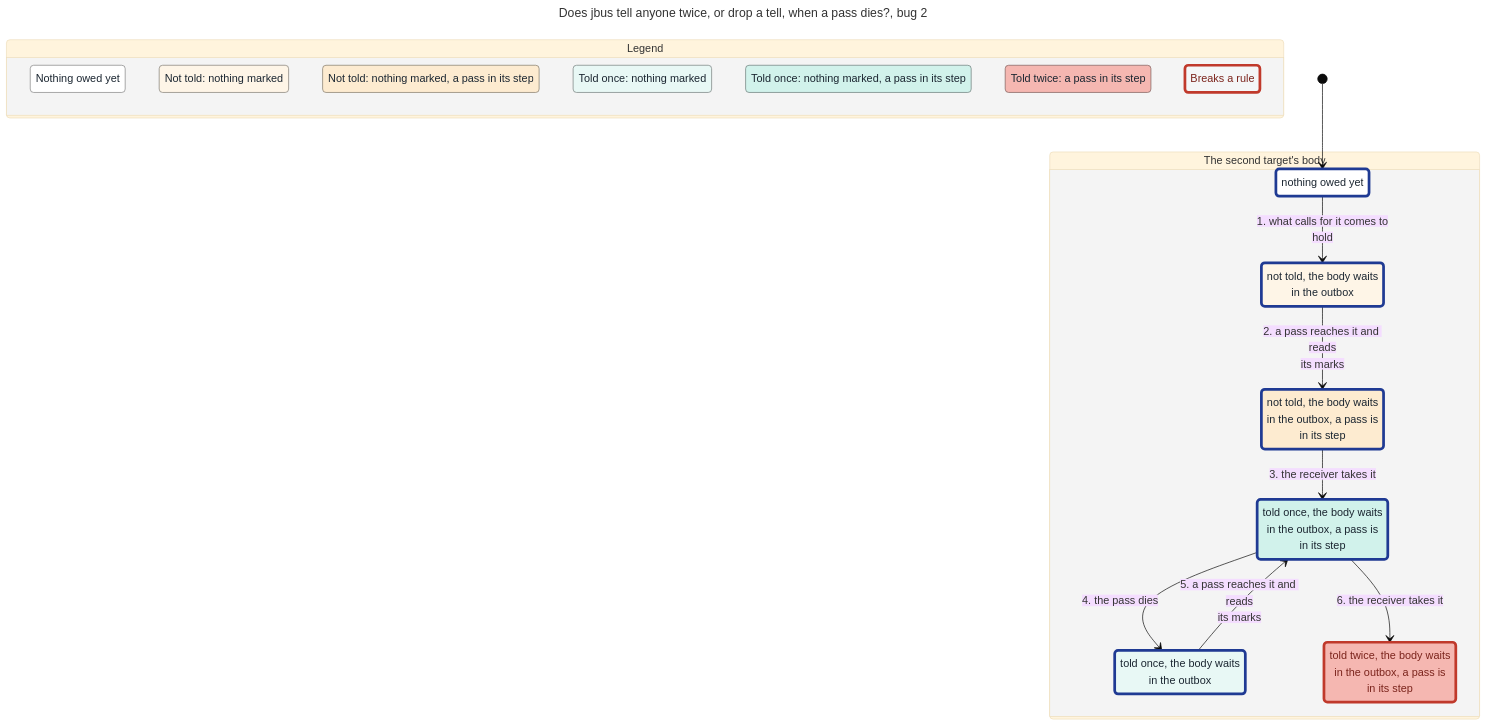
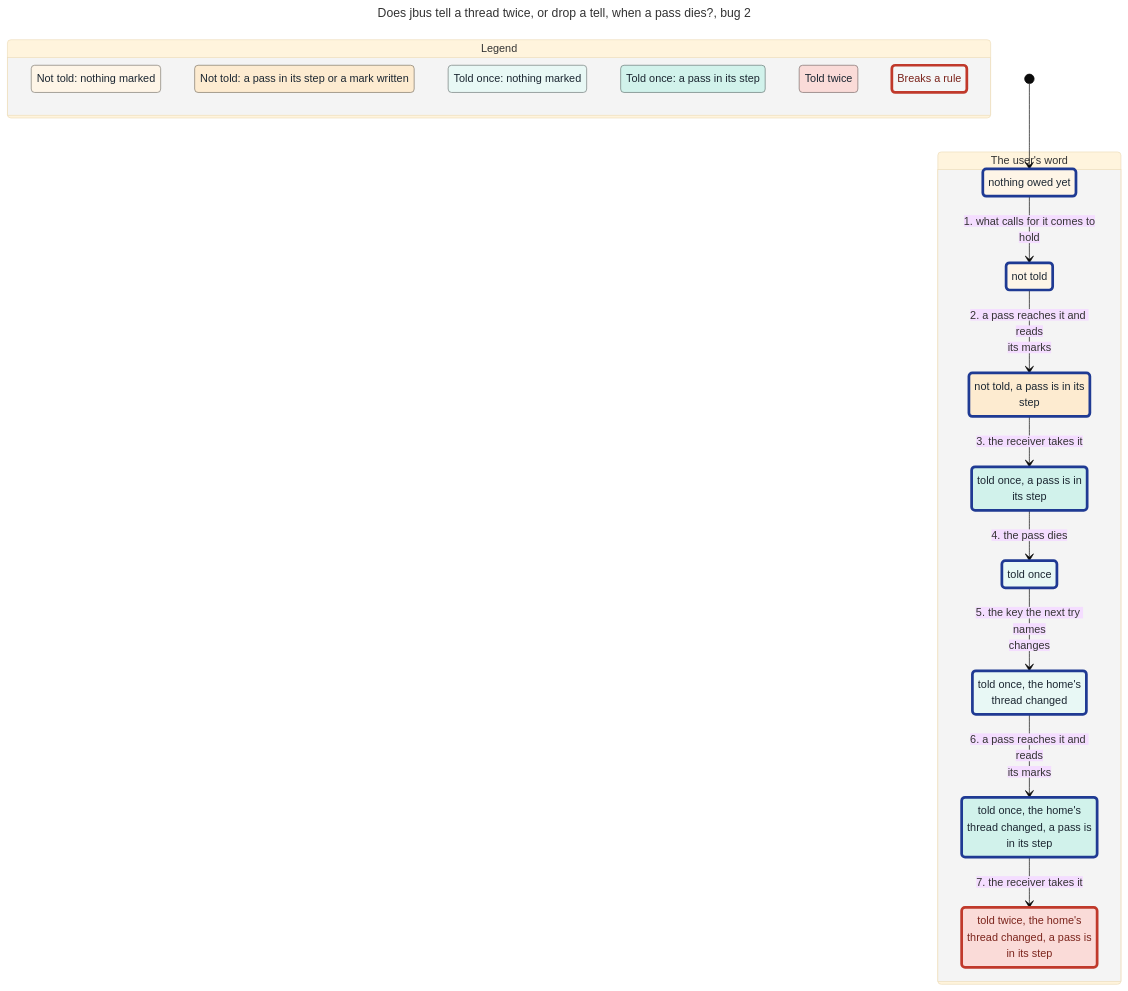
Before and after one commit to JoshuaHayesWasHere/jstack: the diagram in features/jbus/spec/TellOnce-statechart/bug-2.mmd, drawn with Mermaid (base theme). The commit also changed 51 other files, not shown here.

Commit message:
fix(statechart): TellOnce's acts are three charts of at most nine groups, so each overview fits main's ten boxes

```diff
--- a/features/jbus/spec/TellOnce-statechart/bug-2.mmd
+++ b/features/jbus/spec/TellOnce-statechart/bug-2.mmd
@@ -1,58 +1,59 @@
 ---
-title: "Does jbus tell anyone twice, or drop a tell, when a pass dies?, bug 2"
+title: "Does jbus tell a thread twice, or drop a tell, when a pass dies?, bug 2"
 config:
   markdownAutoWrap: false
   state:
     useMaxWidth: false
 ---
 stateDiagram-v2
   classDef plainWrong fill:#f4f6f7,stroke:#c0392b,stroke-width:4px,color:#7b241c
-  classDef group0 fill:#ffffff,stroke:#808080,color:#1b2631
-  classDef group0Path fill:#ffffff,stroke:#1f3a93,stroke-width:4px,color:#1b2631
-  classDef group1 fill:#fef5e7,stroke:#7f7b74,color:#1b2631
-  classDef group1Path fill:#fef5e7,stroke:#1f3a93,stroke-width:4px,color:#1b2631
-  classDef group2 fill:#fdebd0,stroke:#7f7668,color:#1b2631
-  classDef group2Path fill:#fdebd0,stroke:#1f3a93,stroke-width:4px,color:#1b2631
-  classDef group5 fill:#e8f8f5,stroke:#747c7b,color:#1b2631
-  classDef group5Path fill:#e8f8f5,stroke:#1f3a93,stroke-width:4px,color:#1b2631
-  classDef group6 fill:#d1f2eb,stroke:#697976,color:#1b2631
-  classDef group6Path fill:#d1f2eb,stroke:#1f3a93,stroke-width:4px,color:#1b2631
-  classDef group12 fill:#f5b7b1,stroke:#7b5c59,color:#1b2631
-  classDef group12Wrong fill:#f5b7b1,stroke:#c0392b,stroke-width:4px,color:#7b241c
+  classDef group0 fill:#fef5e7,stroke:#7f7b74,color:#1b2631
+  classDef group0Path fill:#fef5e7,stroke:#1f3a93,stroke-width:4px,color:#1b2631
+  classDef group1 fill:#fdebd0,stroke:#7f7668,color:#1b2631
+  classDef group1Path fill:#fdebd0,stroke:#1f3a93,stroke-width:4px,color:#1b2631
+  classDef group3 fill:#e8f8f5,stroke:#747c7b,color:#1b2631
+  classDef group3Path fill:#e8f8f5,stroke:#1f3a93,stroke-width:4px,color:#1b2631
+  classDef group4 fill:#d1f2eb,stroke:#697976,color:#1b2631
+  classDef group4Path fill:#d1f2eb,stroke:#1f3a93,stroke-width:4px,color:#1b2631
+  classDef group8 fill:#fadbd8,stroke:#7d6e6c,color:#1b2631
+  classDef group8Wrong fill:#fadbd8,stroke:#c0392b,stroke-width:4px,color:#7b241c
   state "Legend" as legend {
-    state "Nothing owed yet" as legendGroup0
-    state "Not told: nothing marked" as legendGroup1
-    state "Not told: nothing marked, a pass in its step" as legendGroup2
-    state "Told once: nothing marked" as legendGroup5
-    state "Told once: nothing marked, a pass in its step" as legendGroup6
-    state "Told twice: a pass in its step" as legendGroup12
+    state "Not told: nothing marked" as legendGroup0
+    state "Not told: a pass in its step or a mark written" as legendGroup1
+    state "Told once: nothing marked" as legendGroup3
+    state "Told once: a pass in its step" as legendGroup4
+    state "Told twice" as legendGroup8
     state "Breaks a rule" as legendWrong
   }
   class legendGroup0 group0
   class legendGroup1 group1
-  class legendGroup2 group2
-  class legendGroup5 group5
-  class legendGroup6 group6
-  class legendGroup12 group12
+  class legendGroup3 group3
+  class legendGroup4 group4
+  class legendGroup8 group8
   class legendWrong plainWrong
-  state "The second target's body" as g0 {
-    state "not told, the body waits<br/>in the outbox" as s0
-    state "not told, the body waits<br/>in the outbox, a pass is<br/>in its step" as s1
+  state "The user's word" as g0 {
+    state "not told" as s0
+    state "not told, a pass is in its<br/>step" as s1
     state "nothing owed yet" as s2
-    state "told once, the body waits<br/>in the outbox" as s3
-    state "told once, the body waits<br/>in the outbox, a pass is<br/>in its step" as s4
-    state "told twice, the body waits<br/>in the outbox, a pass is<br/>in its step" as s5
+    state "told once" as s3
+    state "told once, a pass is in<br/>its step" as s4
+    state "told once, the home's<br/>thread changed" as s5
+    state "told once, the home's<br/>thread changed, a pass is<br/>in its step" as s6
+    state "told twice, the home's<br/>thread changed, a pass is<br/>in its step" as s7
   }
   [*] --> s2
   s2 --> s0 : 1. what calls for it comes to<br/>hold
   s0 --> s1 : 2. a pass reaches it and reads<br/>its marks
   s1 --> s4 : 3. the receiver takes it
   s4 --> s3 : 4. the pass dies
-  s3 --> s4 : 5. a pass reaches it and reads<br/>its marks
-  s4 --> s5 : 6. the receiver takes it
-  class s0 group1Path
-  class s1 group2Path
+  s3 --> s5 : 5. the key the next try names<br/>changes
+  s5 --> s6 : 6. a pass reaches it and reads<br/>its marks
+  s6 --> s7 : 7. the receiver takes it
+  class s0 group0Path
+  class s1 group1Path
   class s2 group0Path
-  class s3 group5Path
-  class s4 group6Path
-  class s5 group12Wrong
+  class s3 group3Path
+  class s4 group4Path
+  class s5 group3Path
+  class s6 group4Path
+  class s7 group8Wrong
```
